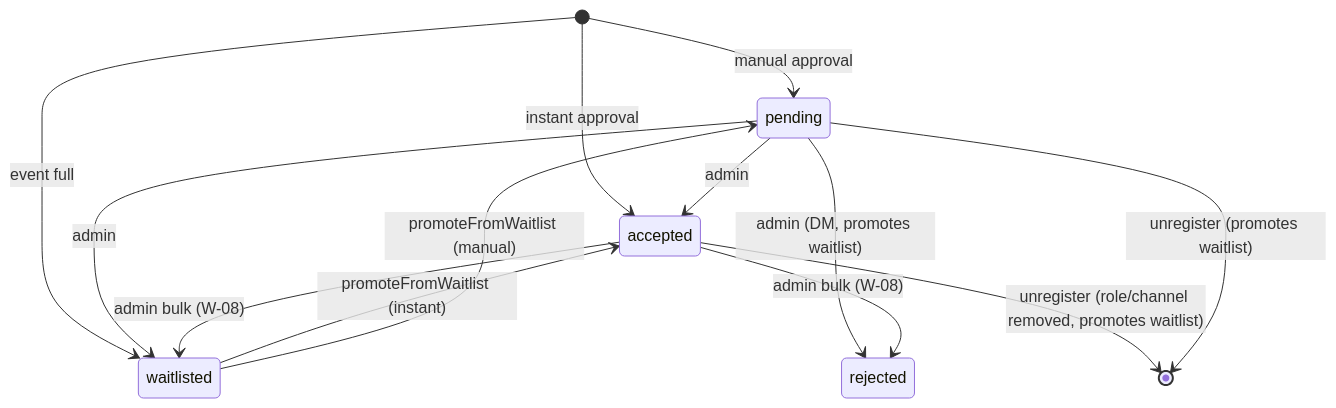
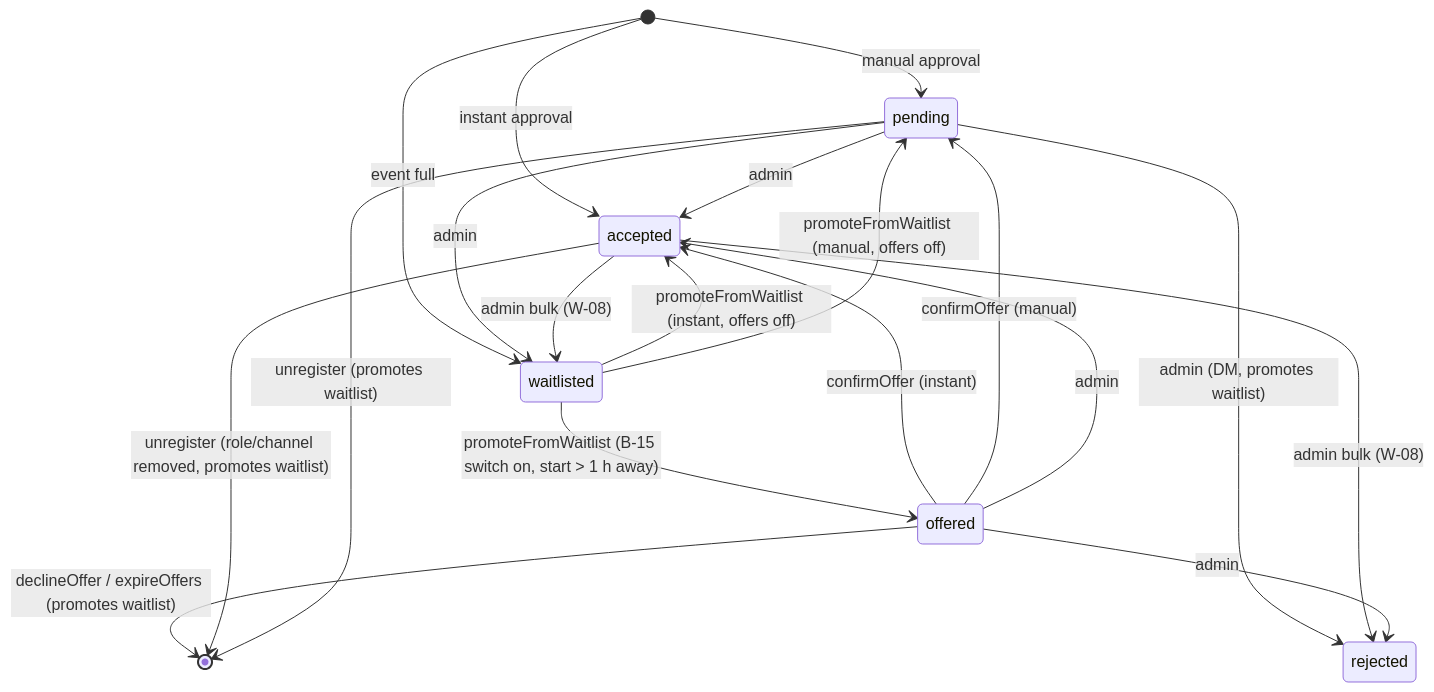
Before and after one commit to VibeGenZero/DEMS: the diagram in docs/wiki/concepts/registration-flow.md, drawn with Mermaid. The commit also changed other lines of this file and 58 other files, not shown here.

First line of the commit message:
Offer freed waitlist places for confirmation (B-15)

````diff
--- a/docs/wiki/concepts/registration-flow.md
+++ b/docs/wiki/concepts/registration-flow.md
@@ -37,15 +48,21 @@
 ```mermaid
 stateDiagram-v2
   [*] --> pending: manual approval
   [*] --> accepted: instant approval
   [*] --> waitlisted: event full
   pending --> accepted: admin
   pending --> rejected: admin (DM, promotes waitlist)
   pending --> waitlisted: admin
   accepted --> waitlisted: admin bulk (W-08)
   accepted --> rejected: admin bulk (W-08)
-  waitlisted --> accepted: promoteFromWaitlist (instant)
-  waitlisted --> pending: promoteFromWaitlist (manual)
+  waitlisted --> offered: promoteFromWaitlist (B-15 switch on, start > 1 h away)
+  waitlisted --> accepted: promoteFromWaitlist (instant, offers off)
+  waitlisted --> pending: promoteFromWaitlist (manual, offers off)
+  offered --> accepted: confirmOffer (instant)
+  offered --> pending: confirmOffer (manual)
+  offered --> [*]: declineOffer / expireOffers (promotes waitlist)
+  offered --> accepted: admin
+  offered --> rejected: admin
   accepted --> [*]: unregister (role/channel removed, promotes waitlist)
   pending --> [*]: unregister (promotes waitlist)
 ```
````
